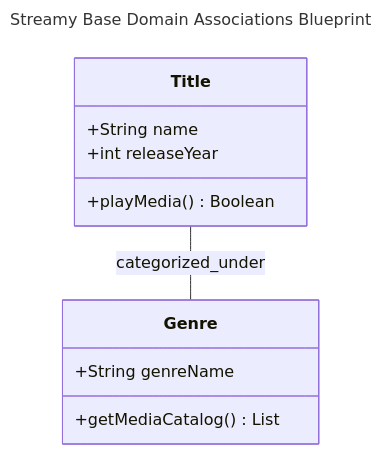
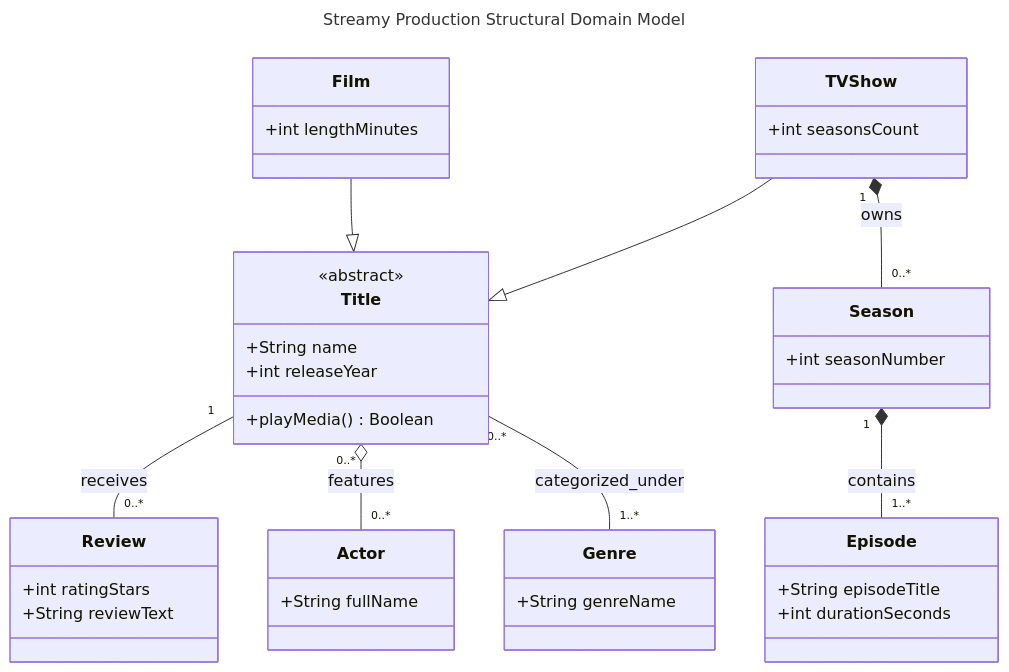
The diagram in domain_model.md (akperf/Streamy-Software-Technology), drawn with Mermaid before and after one commit. The commit also changed other lines of this file, not shown here.

Commit message:
feat: implement advanced Streamy domain class architecture

````diff
--- a/domain_model.md
+++ b/domain_model.md
@@ -14,16 +14,61 @@
 ```mermaid
 ---
-title: Streamy Base Domain Associations Blueprint
+title: Streamy Production Structural Domain Model
 ---
 classDiagram
-class Title {
-    +String name
-    +int releaseYear
-    +playMedia() Boolean
-}
-class Genre {
-    +String genreName
-    +getMediaCatalog() List
-}
-Title -- Genre : categorized_under
+    direction TB
+
+    class Title {
+        <<abstract>>
+        +String name
+        +int releaseYear
+        +playMedia() Boolean
+    }
+
+    class Film {
+        +int lengthMinutes
+    }
+
+    class TVShow {
+        +int seasonsCount
+    }
+
+    class Season {
+        +int seasonNumber
+    }
+
+    class Episode {
+        +String episodeTitle
+        +int durationSeconds
+    }
+
+    class Review {
+        +int ratingStars
+        +String reviewText
+    }
+
+    class Actor {
+        +String fullName
+    }
+
+    class Genre {
+        +String genreName
+    }
+
+    %% Inheritance
+    Film --|> Title
+    TVShow --|> Title
+
+    %% Composition
+    TVShow "1" *-- "0..*" Season : owns
+    Season "1" *-- "1..*" Episode : contains
+
+    %% Association
+    Title "1" -- "0..*" Review : receives
+
+    %% Aggregation
+    Title "0..*" o-- "0..*" Actor : features
+
+    %% Genre relationship
+    Title "0..*" -- "1..*" Genre : categorized_under
 ```
````
